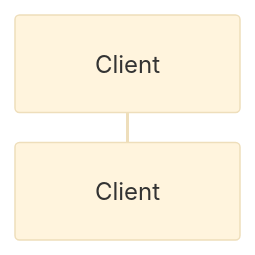
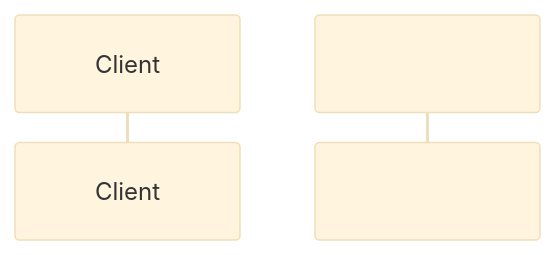
One commit to googlelxhgithub/iodraw-files changed the diagram in all/未命名-7.md. Above: the diagram before and after it, drawn with Mermaid (base theme).

Commit message:
2024-08-31 07:13:49 update

````diff
--- a/all/未命名-7.md
+++ b/all/未命名-7.md
@@ -1,5 +1,5 @@
 ```mermaid
 sequenceDiagram
-    participant C as Client
-    participant C as Client
+    participant c as Client
+    participant mq as 
 ```
````
